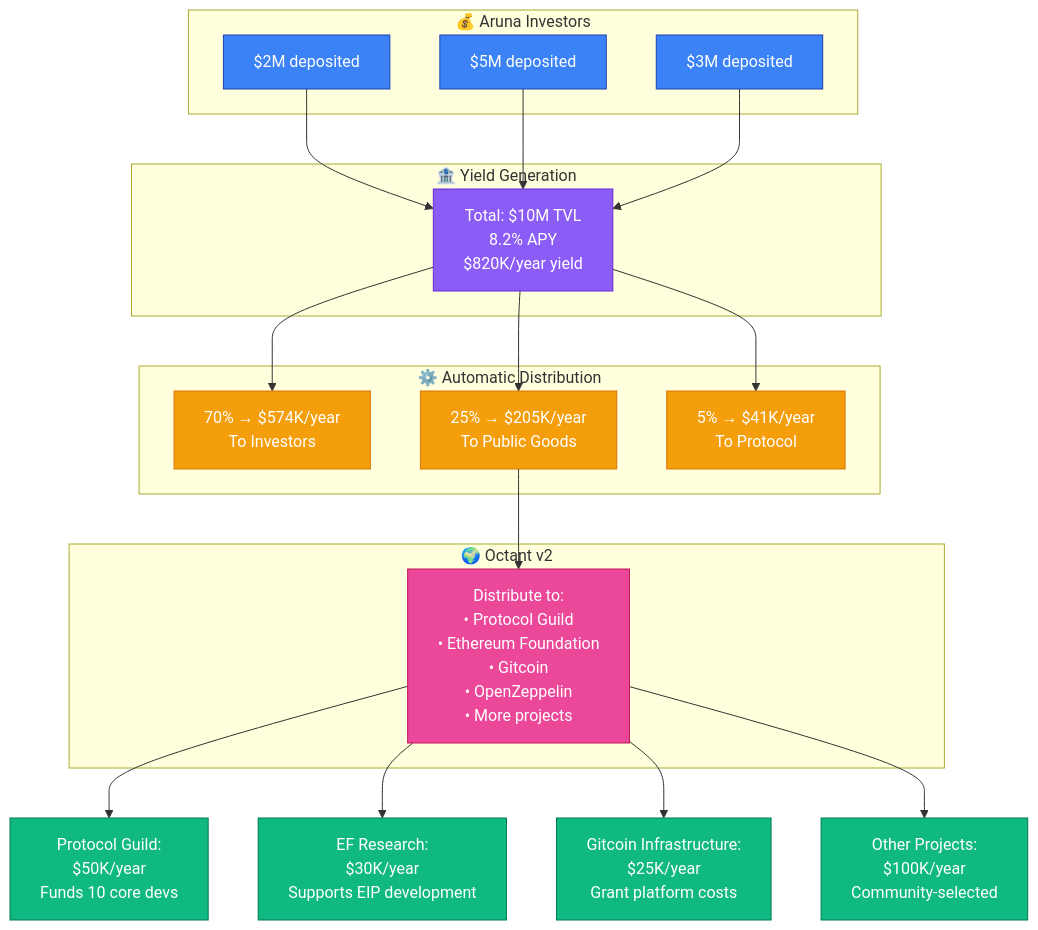
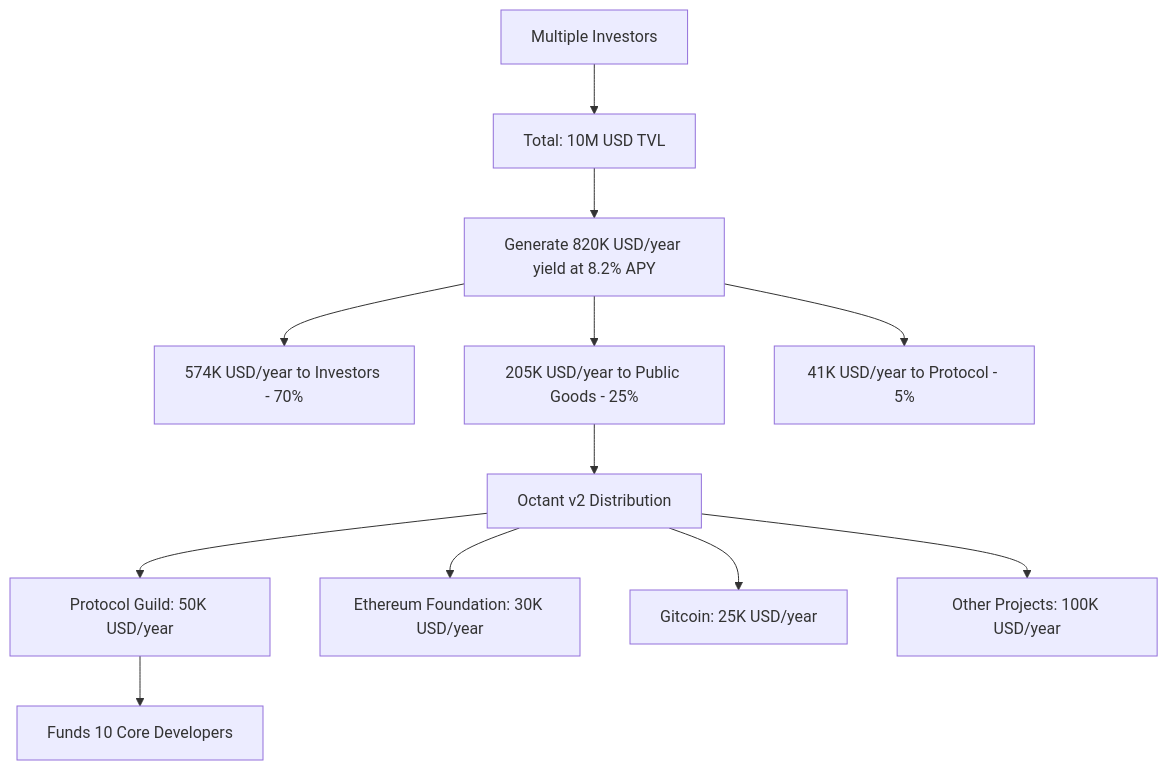
The sixth of 7 diagrams in docs/use-cases.md (yeheskieltame/Aruna), drawn with Mermaid before and after one commit. The commit also changed other lines of this file and 7 other files, not shown here.

````diff
--- a/docs/use-cases.md
+++ b/docs/use-cases.md
@@ -196,43 +174,18 @@
 ```mermaid
-graph TB
-    subgraph Investors["💰 Aruna Investors"]
-        I1[$2M deposited]
-        I2[$5M deposited]
-        I3[$3M deposited]
-    end
+graph TD
+    A[Multiple Investors] --> B[Total: 10M USD TVL]
+    B --> C[Generate 820K USD/year yield at 8.2% APY]
 
-    subgraph Vaults["🏦 Yield Generation"]
-        V[Total: $10M TVL<br/>8.2% APY<br/>$820K/year yield]
-    end
+    C --> D1[574K USD/year to Investors - 70%]
+    C --> D2[205K USD/year to Public Goods - 25%]
+    C --> D3[41K USD/year to Protocol - 5%]
 
-    subgraph Distribution["⚙️ Automatic Distribution"]
-        D70[70% → $574K/year<br/>To Investors]
-        D25[25% → $205K/year<br/>To Public Goods]
-        D5[5% → $41K/year<br/>To Protocol]
-    end
+    D2 --> E[Octant v2 Distribution]
 
-    subgraph Octant["🌍 Octant v2"]
-        O[Distribute to:<br/>• Protocol Guild<br/>• Ethereum Foundation<br/>• Gitcoin<br/>• OpenZeppelin<br/>• More projects]
-    end
+    E --> F1[Protocol Guild: 50K USD/year]
+    E --> F2[Ethereum Foundation: 30K USD/year]
+    E --> F3[Gitcoin: 25K USD/year]
+    E --> F4[Other Projects: 100K USD/year]
 
-    I1 & I2 & I3 --> V
-    V --> D70 & D25 & D5
-    D25 --> O
-
-    O --> PG1[Protocol Guild:<br/>$50K/year<br/>Funds 10 core devs]
-    O --> PG2[EF Research:<br/>$30K/year<br/>Supports EIP development]
-    O --> PG3[Gitcoin Infrastructure:<br/>$25K/year<br/>Grant platform costs]
-    O --> PG4[Other Projects:<br/>$100K/year<br/>Community-selected]
-
-    classDef investorClass fill:#3B82F6,stroke:#1E40AF,color:#fff
-    classDef vaultClass fill:#8B5CF6,stroke:#6D28D9,color:#fff
-    classDef distClass fill:#F59E0B,stroke:#D97706,color:#fff
-    classDef octantClass fill:#EC4899,stroke:#BE185D,color:#fff
-    classDef pgClass fill:#10B981,stroke:#047857,color:#fff
-
-    class I1,I2,I3 investorClass
-    class V vaultClass
-    class D70,D25,D5 distClass
-    class O octantClass
-    class PG1,PG2,PG3,PG4 pgClass
+    F1 --> G[Funds 10 Core Developers]
 ```
````
